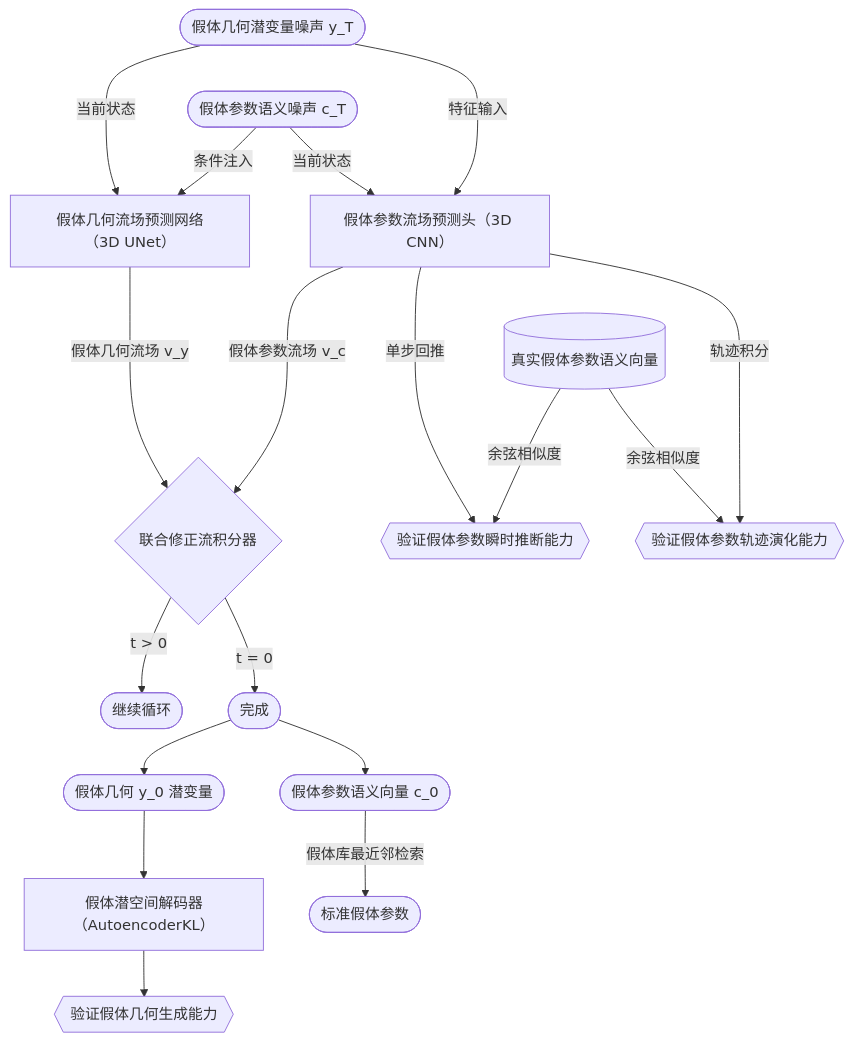
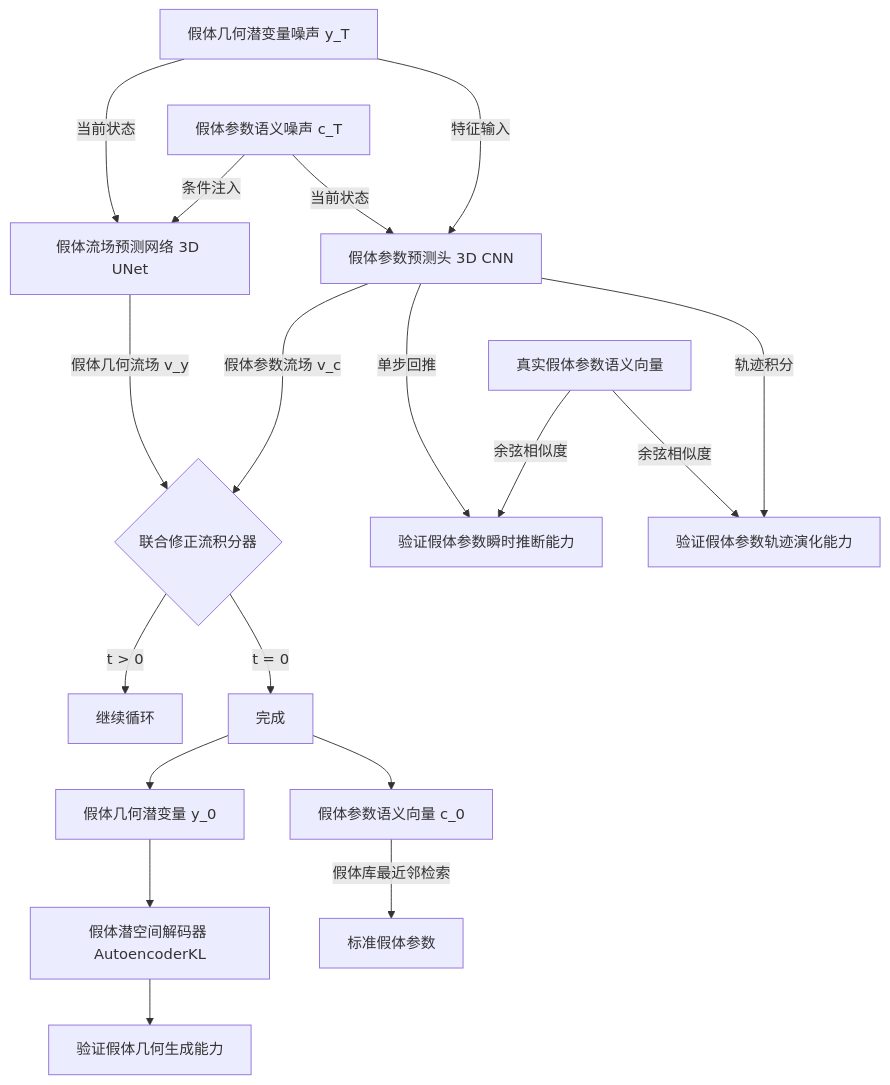
The second of 4 diagrams in README.md (doidio/nonahip), drawn with Mermaid before and after one commit. The commit also changed other lines of this file and 1 other file, not shown here.

````diff
--- a/README.md
+++ b/README.md
@@ -115,59 +114,59 @@
 ```mermaid
-flowchart TB  
+flowchart TB
   %% 初始噪声
-  z_impl_T([假体几何潜变量噪声 y_T])
-  c_T([假体参数语义噪声 c_T])
+  z_impl_T["假体几何潜变量噪声 y_T"]
+  c_T["假体参数语义噪声 c_T"]
 
   %% 网络模块
-  geom_flow[假体几何流场预测网络（3D UNet）]
-  param_flow[假体参数流场预测头（3D CNN）]
-  
+  geom_flow["假体流场预测网络 3D UNet"]
+  param_flow["假体参数预测头 3D CNN"]
+
   %% 联合积分
-  flow_solver{联合修正流积分器}
-  
+  flow_solver{"联合修正流积分器"}
+
   %% 跨模态耦合
   z_impl_T --->|当前状态| geom_flow
   c_T -->|当前状态| param_flow
-  
+
   z_impl_T --->|特征输入| param_flow
   c_T -->|条件注入| geom_flow
 
   %% 流场求解
   geom_flow --->|假体几何流场 v_y| flow_solver
   param_flow --->|假体参数流场 v_c| flow_solver
 
   %% 积分过程
-  loop_cont([继续循环])
-  flow_solver -->|t > 0| loop_cont
+  loop_cont["继续循环"]
+  flow_solver -->|t &gt; 0| loop_cont
 
-  loop_exit([完成])
+  loop_exit["完成"]
   flow_solver -->|t = 0| loop_exit
 
   %% 结果输出与解码
-  z_impl_0([假体几何 y_0 潜变量])
-  c_0([假体参数语义向量 c_0])
+  z_impl_0["假体几何潜变量 y_0"]
+  c_0["假体参数语义向量 c_0"]
 
   loop_exit --> z_impl_0
   loop_exit --> c_0
 
-  impl_decoder[假体潜空间解码器（AutoencoderKL）]
-  geom_eval{{验证假体几何生成能力}}
-  std_param([标准假体参数])
+  impl_decoder["假体潜空间解码器 AutoencoderKL"]
+  geom_eval["验证假体几何生成能力"]
+  std_param["标准假体参数"]
 
   z_impl_0 --> impl_decoder --> geom_eval
   c_0 -->|假体库最近邻检索| std_param
 
   %% 真实参数对照
-  c_gt[(真实假体参数语义向量)]
+  c_gt["真实假体参数语义向量"]
 
-  param_eval_v{{验证假体参数瞬时推断能力}}
-  param_eval_vt{{验证假体参数轨迹演化能力}}
+  param_eval_v["验证假体参数瞬时推断能力"]
+  param_eval_vt["验证假体参数轨迹演化能力"]
 
   %% 参数预测头评估
   param_flow --->|单步回推| param_eval_v
-  
+
   c_gt -->|余弦相似度| param_eval_vt
   c_gt -->|余弦相似度| param_eval_v
-  
+
   param_flow --->|轨迹积分| param_eval_vt
 ```
````
